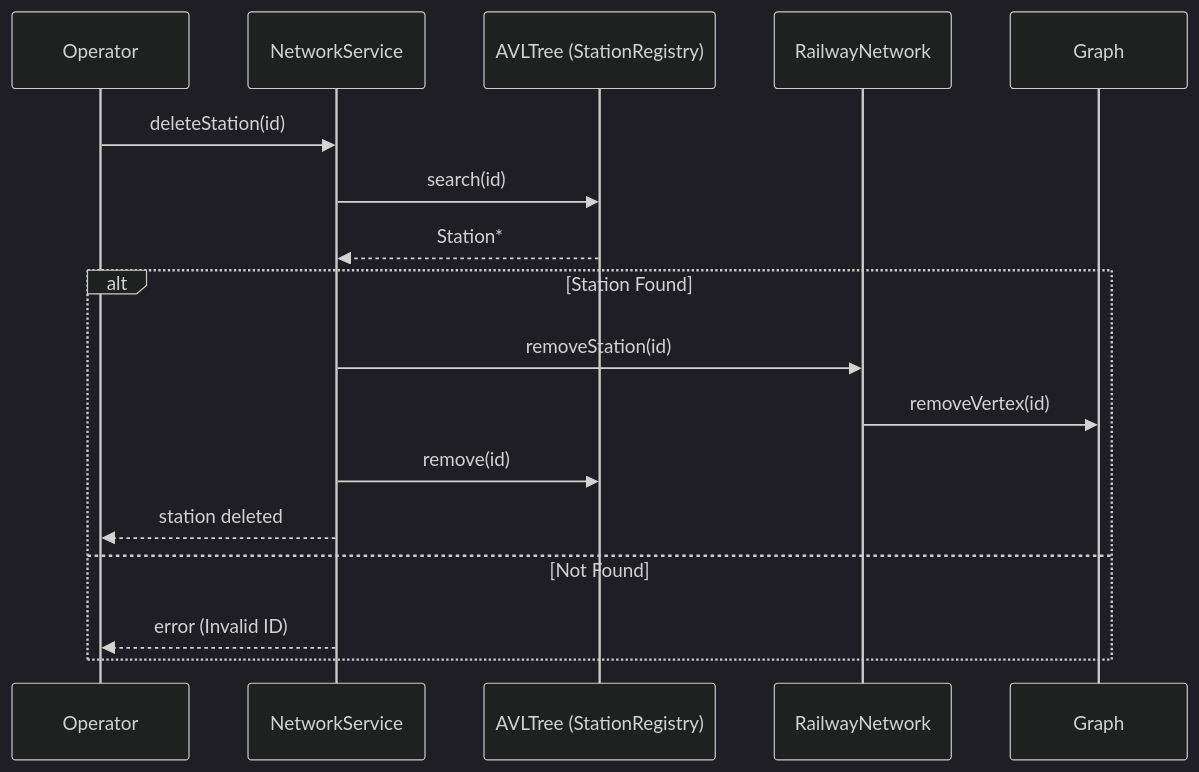
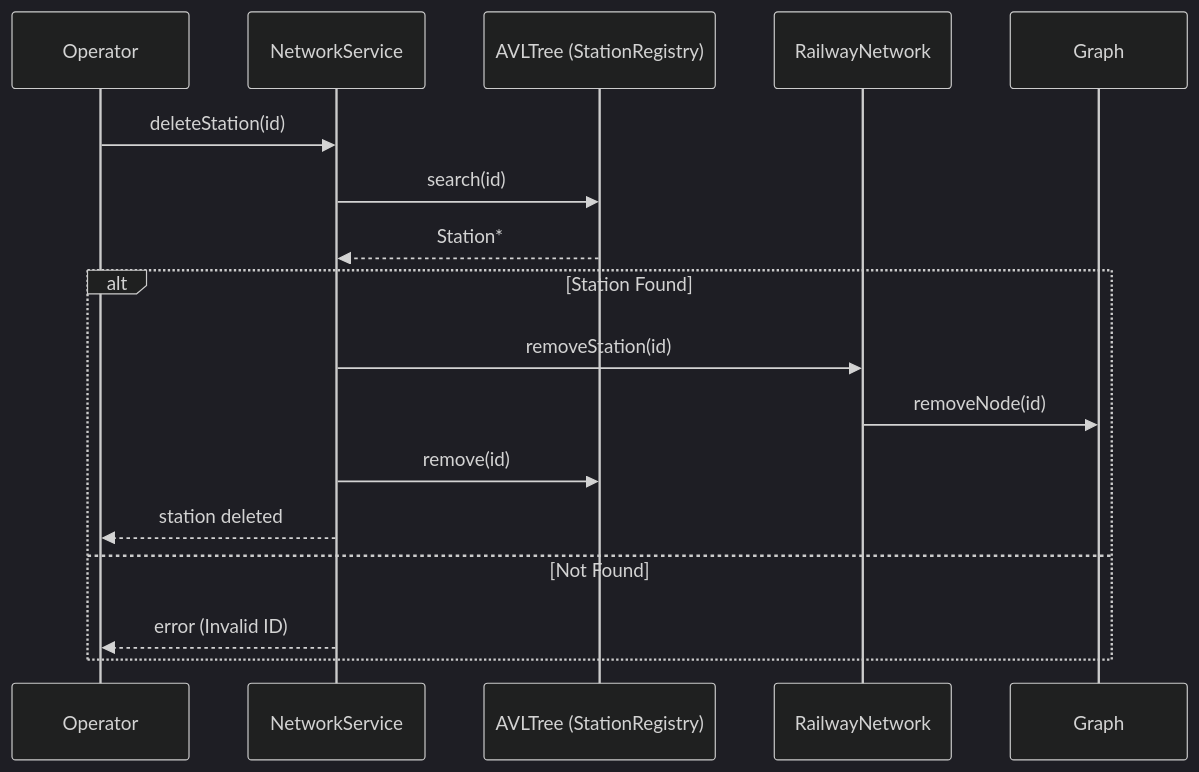
The second of 5 diagrams in Documentation/sequence_diagrams_module3.md (fahad-accordion-23/ds-project-iron-nexus), drawn with Mermaid (dark theme) before and after one commit. The commit also changed other lines of this file and 2 other files, not shown here.

Commit message:
Refactor Graph structure to be generic and update dependencies

````diff
--- a/Documentation/sequence_diagrams_module3.md
+++ b/Documentation/sequence_diagrams_module3.md
@@ -33,20 +33,20 @@
 ```mermaid
 sequenceDiagram
     participant Operator
     participant NS as NetworkService
     participant AVL as AVLTree (StationRegistry)
     participant RN as RailwayNetwork
     participant G as Graph
 
     Operator->>NS: deleteStation(id)
     NS->>AVL: search(id)
     AVL-->>NS: Station*
     alt Station Found
         NS->>RN: removeStation(id)
-        RN->>G: removeVertex(id)
+        RN->>G: removeNode(id)
         NS->>AVL: remove(id)
         NS-->>Operator: station deleted
     else Not Found
         NS-->>Operator: error (Invalid ID)
     end
 ```
````
